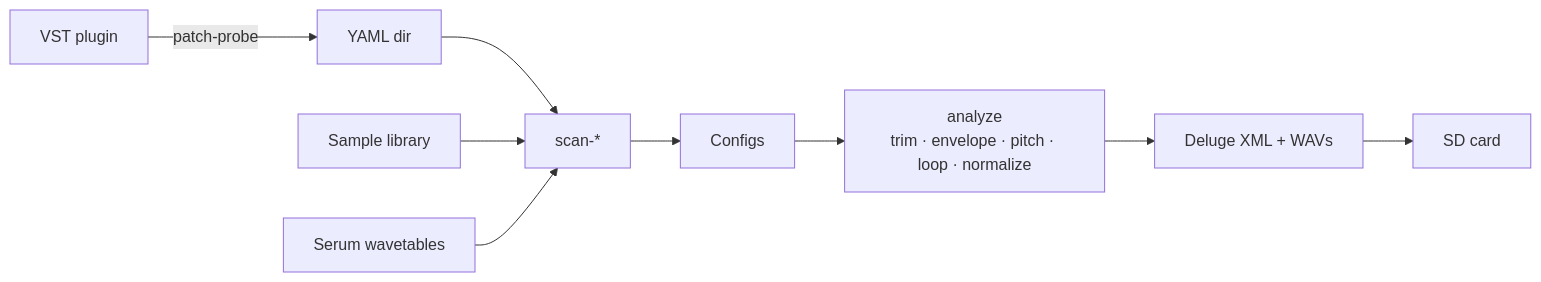
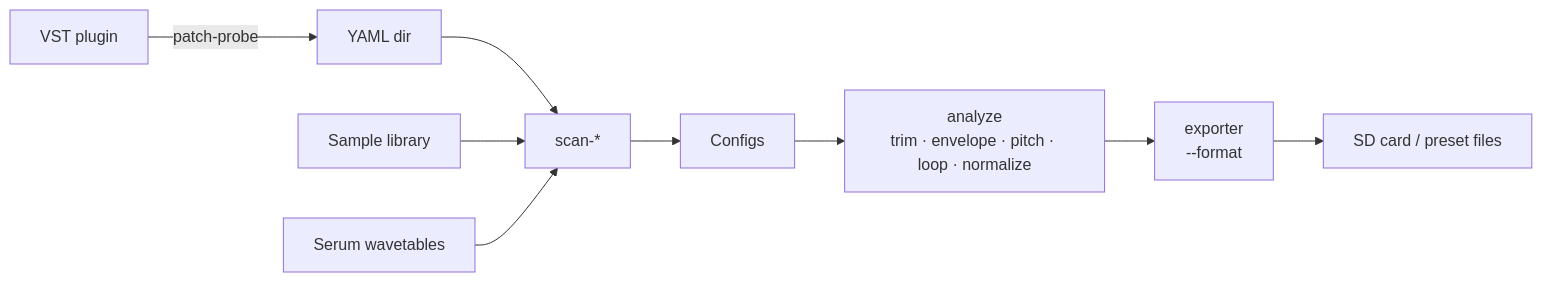
One commit to blablack/patch-press changed the diagram in docs/index.md. Above: the diagram before and after it, drawn with Mermaid. The commit also changed other lines of this file and 7 other files, not shown here.

````diff
--- a/docs/index.md
+++ b/docs/index.md
@@ -15,11 +17,11 @@
 ```mermaid
 flowchart LR
     A[VST plugin] -->|patch-probe| B[YAML dir]
     B --> S[scan-*]
     L[Sample library] --> S
     W[Serum wavetables] --> S
     S --> C[Configs]
     C --> P[analyze<br/>trim · envelope · pitch · loop · normalize]
-    P --> X[Deluge XML + WAVs]
-    X --> D[SD card]
+    P --> X[exporter<br/>--format]
+    X --> D[SD card / preset files]
 ```
````
